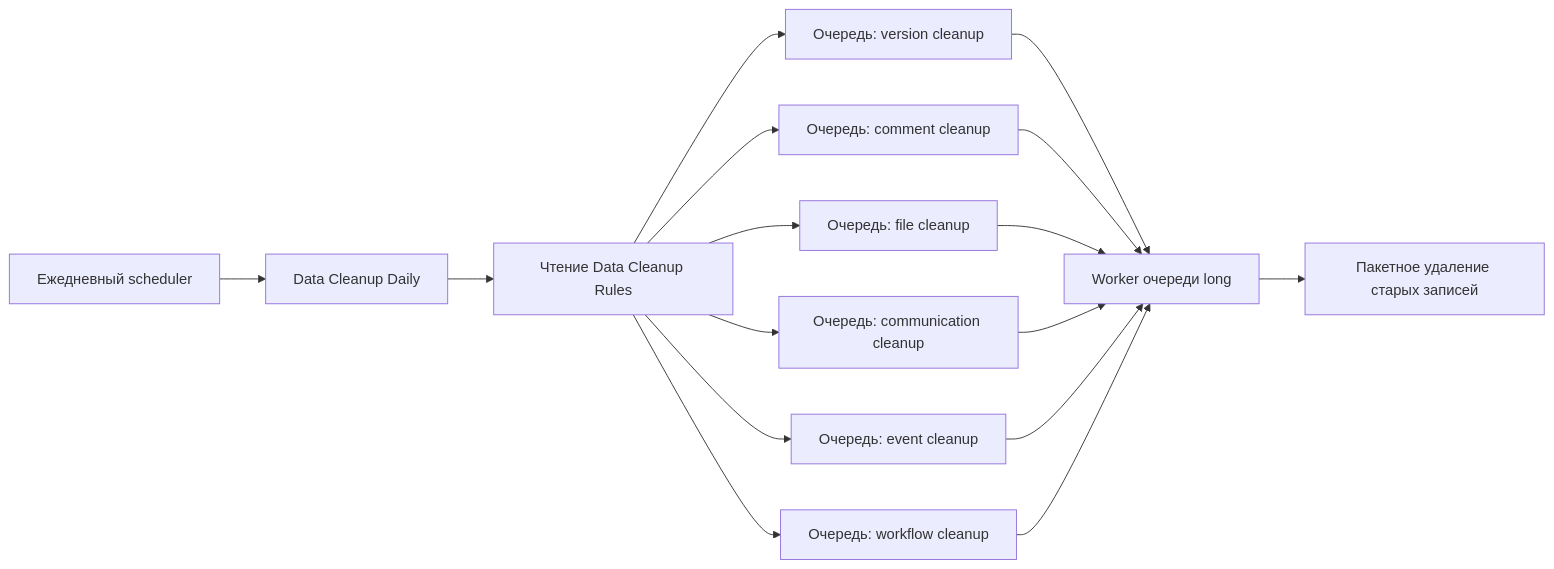
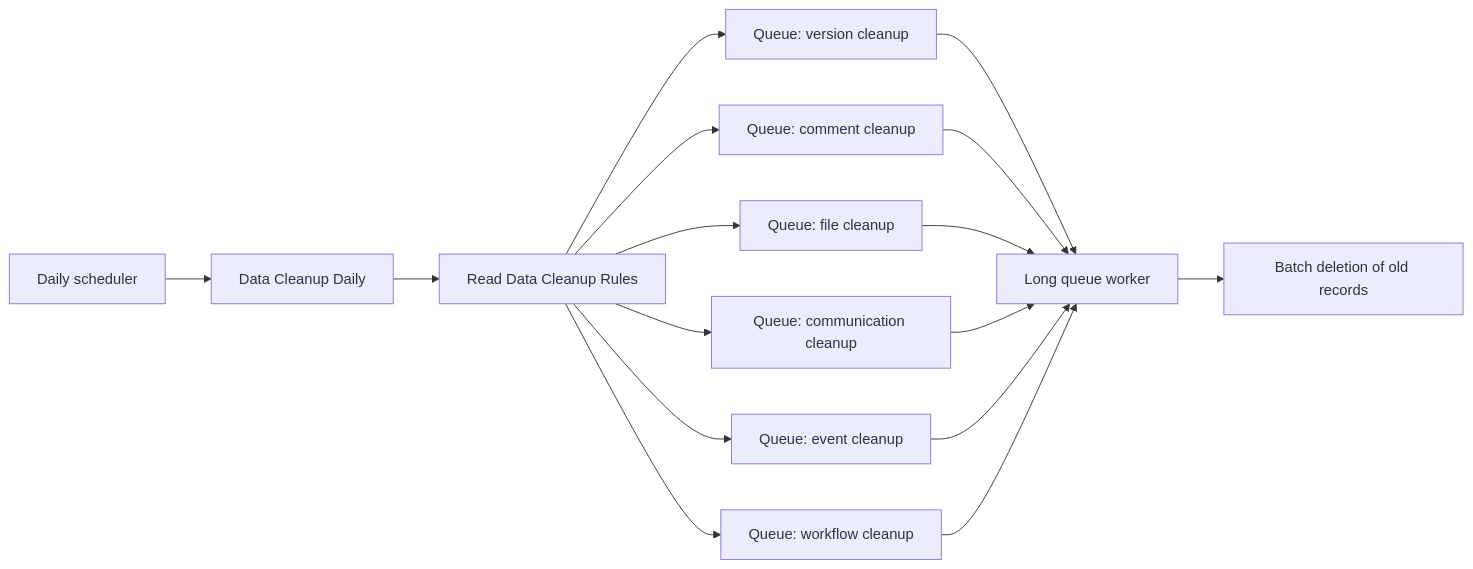
The fifth of 5 diagrams in README.md (Dinext-pro/dinext-common), drawn with Mermaid before and after one commit. The commit also changed other lines of this file and 1 other file, not shown here.

````diff
--- a/README.md
+++ b/README.md
@@ -941,18 +933,18 @@
 ```mermaid
 flowchart LR
-  scheduler["Ежедневный scheduler"] --> dailyScript["Data Cleanup Daily"]
-  dailyScript --> rulesDoc["Чтение Data Cleanup Rules"]
-  rulesDoc --> versionJob["Очередь: version cleanup"]
-  rulesDoc --> commentJob["Очередь: comment cleanup"]
-  rulesDoc --> fileJob["Очередь: file cleanup"]
-  rulesDoc --> communicationJob["Очередь: communication cleanup"]
-  rulesDoc --> eventJob["Очередь: event cleanup"]
-  rulesDoc --> workflowJob["Очередь: workflow cleanup"]
-  versionJob --> longQueue["Worker очереди long"]
+  scheduler["Daily scheduler"] --> dailyScript["Data Cleanup Daily"]
+  dailyScript --> rulesDoc["Read Data Cleanup Rules"]
+  rulesDoc --> versionJob["Queue: version cleanup"]
+  rulesDoc --> commentJob["Queue: comment cleanup"]
+  rulesDoc --> fileJob["Queue: file cleanup"]
+  rulesDoc --> communicationJob["Queue: communication cleanup"]
+  rulesDoc --> eventJob["Queue: event cleanup"]
+  rulesDoc --> workflowJob["Queue: workflow cleanup"]
+  versionJob --> longQueue["Long queue worker"]
   commentJob --> longQueue
   fileJob --> longQueue
   communicationJob --> longQueue
   eventJob --> longQueue
   workflowJob --> longQueue
-  longQueue --> dataStore["Пакетное удаление старых записей"]
+  longQueue --> dataStore["Batch deletion of old records"]
 ```
````
